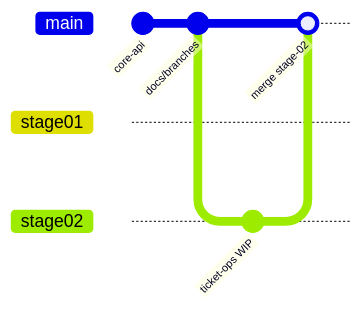
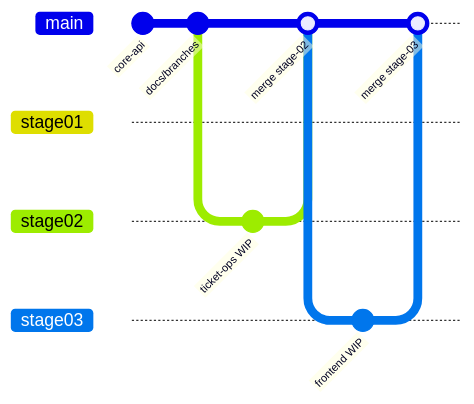
One commit to Victorks4/Bold-Support changed the diagram in docs/entregas.md. Above: the diagram before and after it, drawn with Mermaid. The commit also changed other lines of this file and 4 other files, not shown here.

````diff
--- a/docs/entregas.md
+++ b/docs/entregas.md
@@ -21,12 +21,17 @@
 ```mermaid
 gitGraph
   commit id: "core-api"
   branch stage01
   checkout main
   commit id: "docs/branches"
   branch stage02
   checkout stage02
   commit id: "ticket-ops WIP"
   checkout main
   merge stage02 id: "merge stage-02"
+  branch stage03
+  checkout stage03
+  commit id: "frontend WIP"
+  checkout main
+  merge stage03 id: "merge stage-03"
 ```
````
